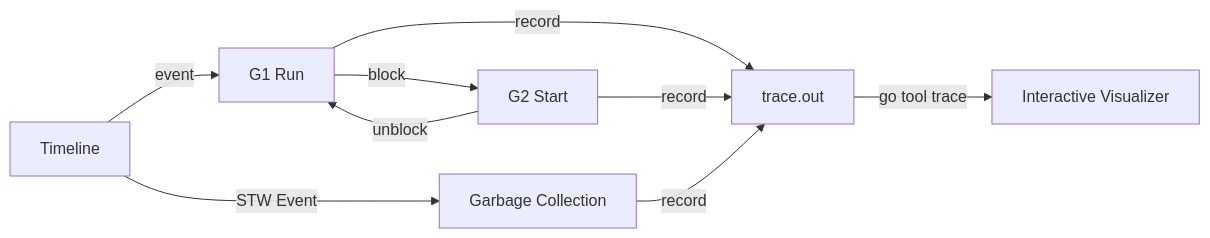
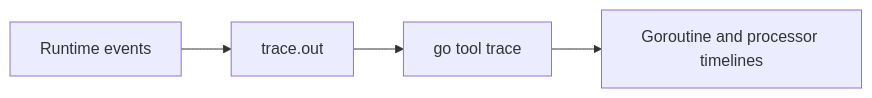
Before and after one commit to syahputrawork98-sketch/Golang-Knowledge-Base: the diagram in RAK-03-evolution/SR-04-observability/BK-02-tracing/CH-01-tracer/README.md, drawn with Mermaid. The commit also changed other lines of this file and 61 other files, not shown here.

````diff
--- a/RAK-03-evolution/SR-04-observability/BK-02-tracing/CH-01-tracer/README.md
+++ b/RAK-03-evolution/SR-04-observability/BK-02-tracing/CH-01-tracer/README.md
@@ -37,10 +35,6 @@
 ```mermaid
 graph LR
-    Time[Timeline] -- event --> G1[G1 Run]
-    G1 -- block --> G2[G2 Start]
-    G2 -- unblock --> G1
-    Time -- STW Event --> GC[Garbage Collection]
-    
-    G1 & G2 & GC -- record --> TraceFile[trace.out]
-    TraceFile -- go tool trace --> Browser[Interactive Visualizer]
+    Event[Runtime events] --> TraceFile[trace.out]
+    TraceFile --> Viewer[go tool trace]
+    Viewer --> Timeline[Goroutine and processor timelines]
 ```
````
